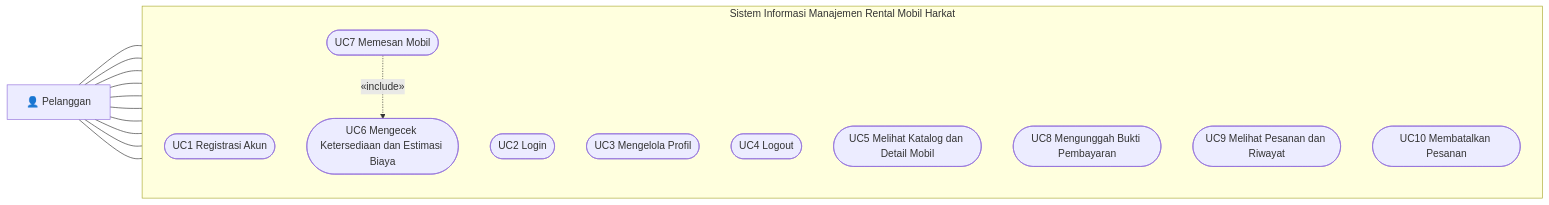
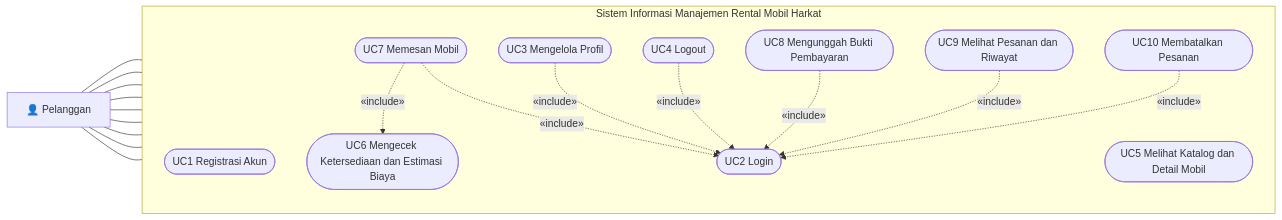
One commit to Betrand-Alfayedh/TA-mobile-rental_harkat changed the second of 4 diagrams in docs/usecase.md. Above: the diagram before and after it, drawn with Mermaid. The commit also changed other lines of this file and 13 other files, not shown here.

Commit message:
Dokumentasi: diagram use case, activity AD-7, dan ERD landscape diperbarui

````diff
--- a/docs/usecase.md
+++ b/docs/usecase.md
@@ -166,23 +167,24 @@
 ```mermaid
 flowchart LR
     PEL["👤 Pelanggan"]
 
     subgraph SISTEM["Sistem Informasi Manajemen Rental Mobil Harkat"]
         direction TB
         UC1(["UC1 Registrasi Akun"])
         UC2(["UC2 Login"])
         UC3(["UC3 Mengelola Profil"])
         UC4(["UC4 Logout"])
         UC5(["UC5 Melihat Katalog dan Detail Mobil"])
         UC6(["UC6 Mengecek Ketersediaan dan Estimasi Biaya"])
         UC7(["UC7 Memesan Mobil"])
         UC8(["UC8 Mengunggah Bukti Pembayaran"])
         UC9(["UC9 Melihat Pesanan dan Riwayat"])
         UC10(["UC10 Membatalkan Pesanan"])
     end
 
-    PEL --- UC1 & UC2 & UC3 & UC4
+    PEL --- UC1 & UC3 & UC4
     PEL --- UC5 & UC6 & UC7 & UC8 & UC9 & UC10
 
     UC7 -.->|«include»| UC6
+    UC3 & UC4 & UC7 & UC8 & UC9 & UC10 -.->|«include»| UC2
 ```
````
